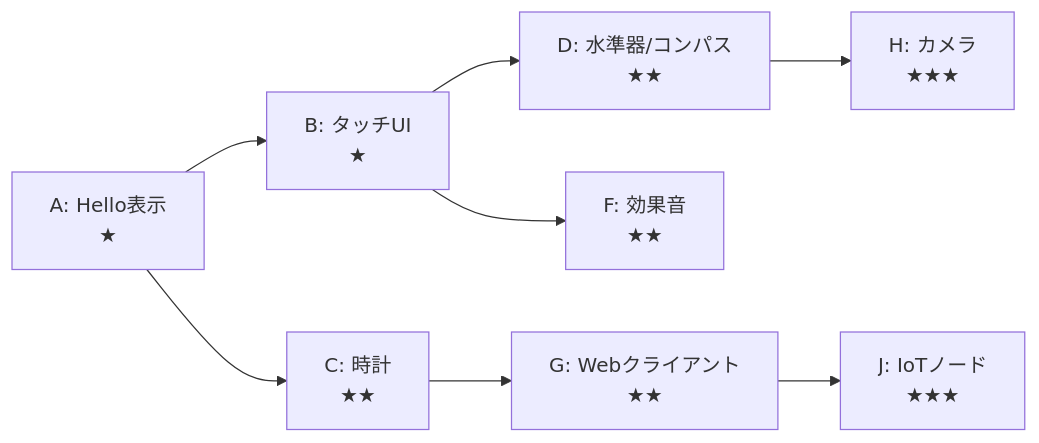
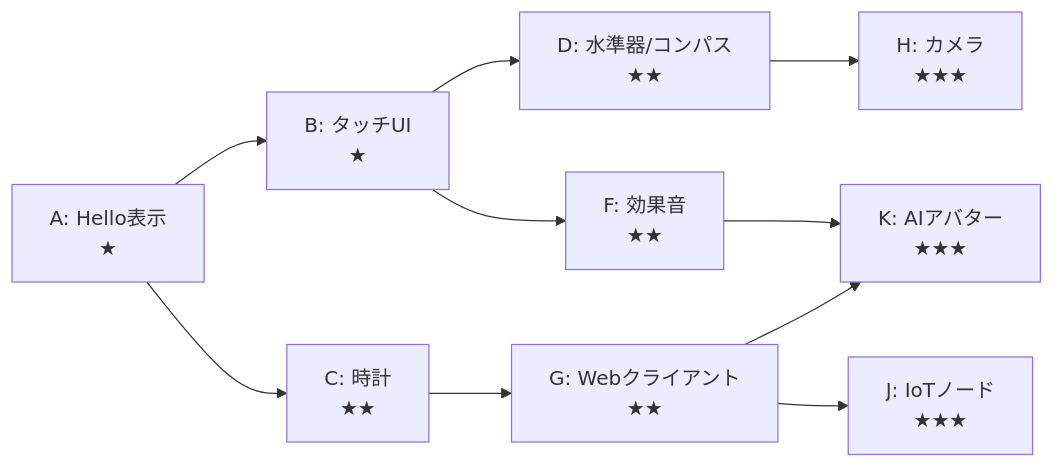
The second of 2 diagrams in research/cores3-lite-capabilities.md (bubbleShaker/m5-cores3-lite), drawn with Mermaid before and after one commit. The commit also changed other lines of this file, not shown here.

First line of the commit message:
docs: add AIアバター(テーマK) to capabilities research

````diff
--- a/research/cores3-lite-capabilities.md
+++ b/research/cores3-lite-capabilities.md
@@ -67,10 +68,12 @@
 ```mermaid
 graph LR
     A[A: Hello表示<br/>★] --> B[B: タッチUI<br/>★]
     B --> D[D: 水準器/コンパス<br/>★★]
     B --> F[F: 効果音<br/>★★]
     A --> C[C: 時計<br/>★★]
     C --> G[G: Webクライアント<br/>★★]
     G --> J[J: IoTノード<br/>★★★]
     D --> H[H: カメラ<br/>★★★]
+    F --> K[K: AIアバター<br/>★★★]
+    G --> K
 ```
````
